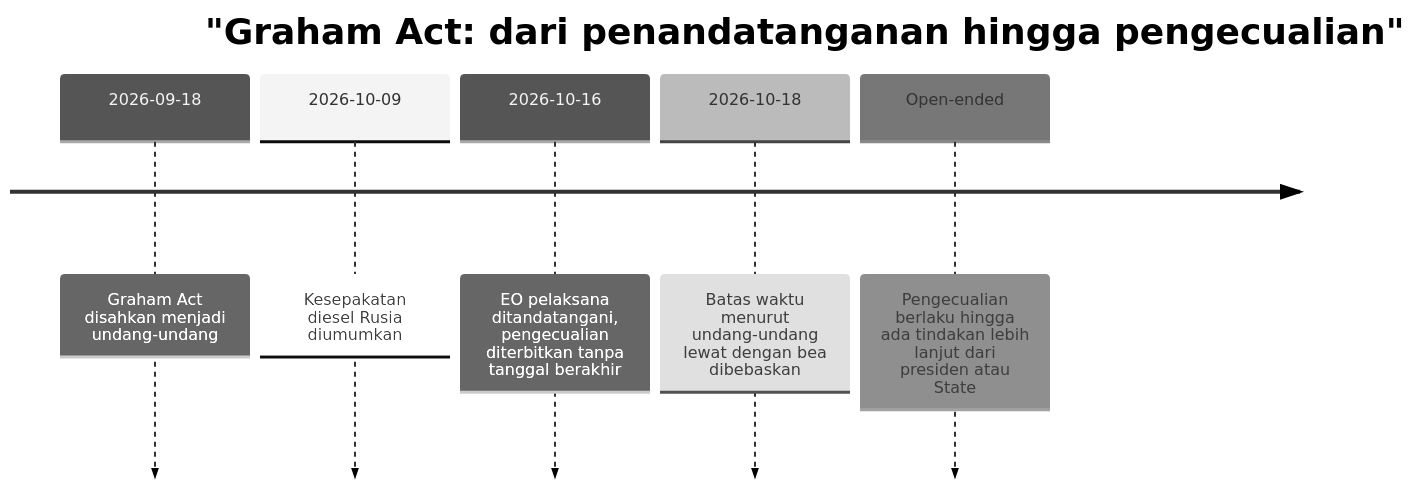
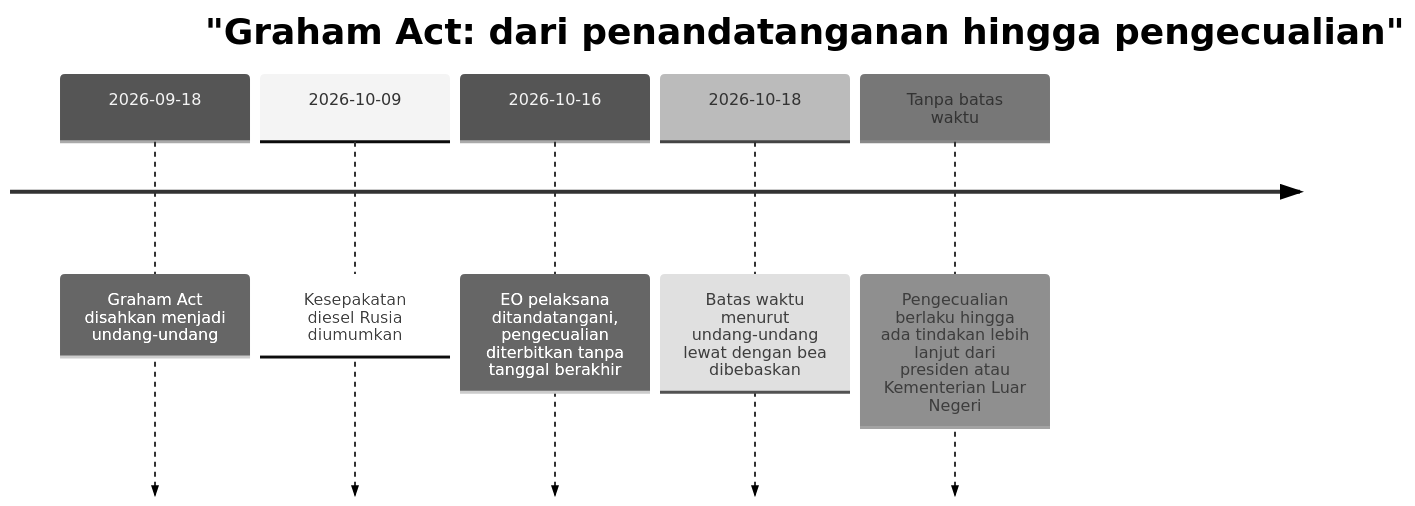
Before and after one commit to dureach/research: diagram 17 of 19 in Global-Trade-Intelligence-weekly-2026-10-19/index.id.md, drawn with Mermaid (neutral theme). The commit also changed other lines of this file and 5 other files, not shown here.

````diff
--- a/Global-Trade-Intelligence-weekly-2026-10-19/index.id.md
+++ b/Global-Trade-Intelligence-weekly-2026-10-19/index.id.md
@@ -562,9 +562,9 @@
 ```mermaid
 timeline
     title "Graham Act: dari penandatanganan hingga pengecualian"
     2026-09-18 : Graham Act disahkan menjadi undang-undang
     2026-10-09 : Kesepakatan diesel Rusia diumumkan
     2026-10-16 : EO pelaksana ditandatangani, pengecualian diterbitkan tanpa tanggal berakhir
     2026-10-18 : Batas waktu menurut undang-undang lewat dengan bea dibebaskan
-    Open-ended : Pengecualian berlaku hingga ada tindakan lebih lanjut dari presiden atau State
+    Tanpa batas waktu : Pengecualian berlaku hingga ada tindakan lebih lanjut dari presiden atau Kementerian Luar Negeri
 ```
````
